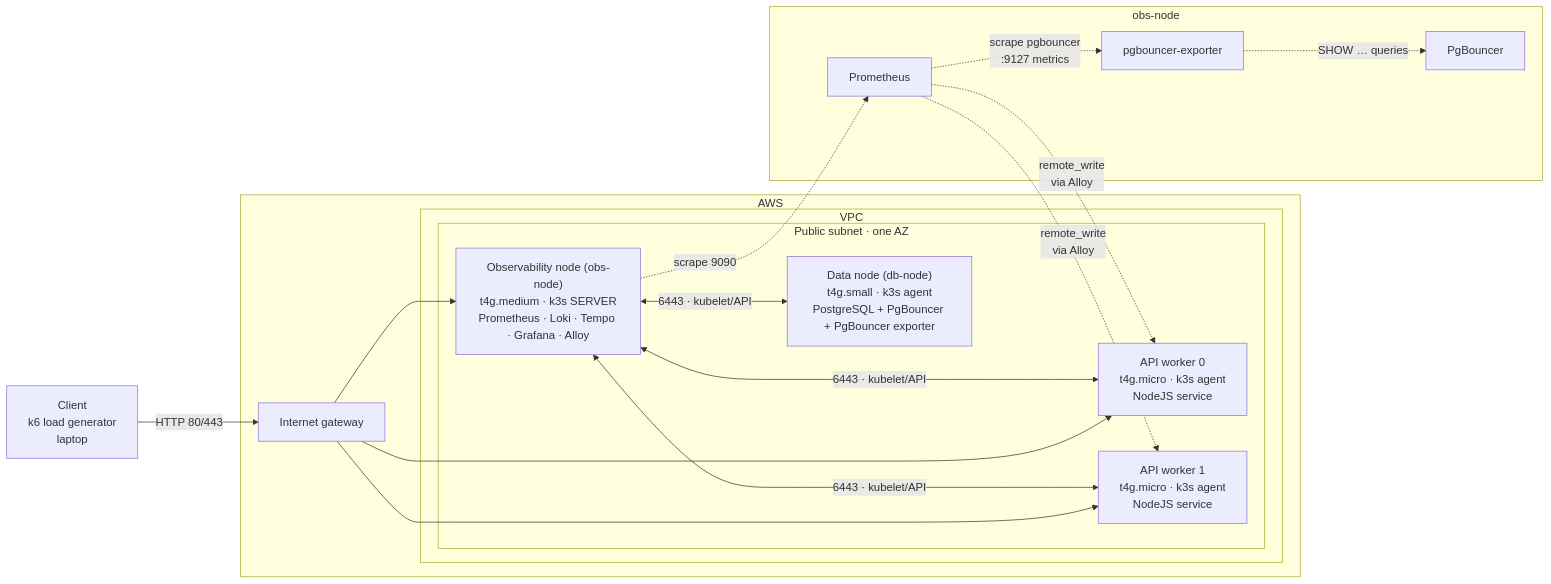
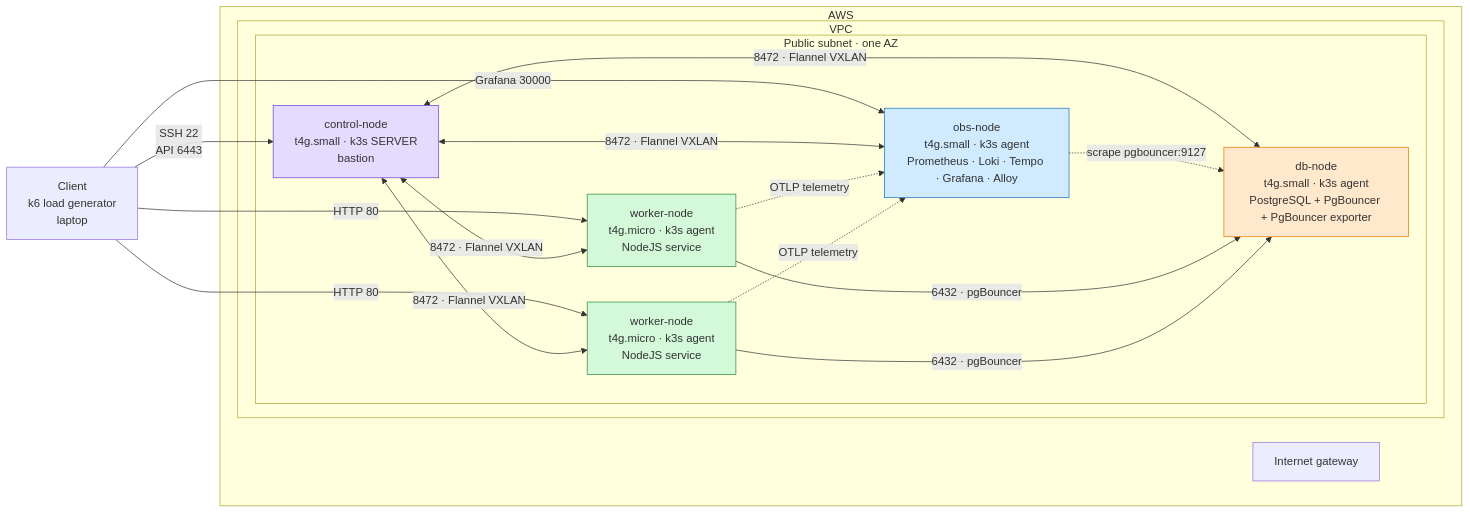
The diagram in README.md (rizkyadityanugroho/k3s-observability-lab), drawn with Mermaid before and after one commit. The commit also changed other lines of this file, not shown here.

Commit message:
docs: correct node topology and security groups

````diff
--- a/README.md
+++ b/README.md
@@ -27,33 +28,39 @@
 ```mermaid
 flowchart LR
     client[Client<br/>k6 load generator<br/>laptop]
 
     subgraph aws["AWS"]
         igw[Internet gateway]
         subgraph vpc["VPC"]
             subgraph subnet["Public subnet · one AZ"]
-                obs["Observability node (obs-node)<br/>t4g.medium · k3s SERVER<br/>Prometheus · Loki · Tempo · Grafana · Alloy"]
-                api0["API worker 0<br/>t4g.micro · k3s agent<br/>NodeJS service"]
-                api1["API worker 1<br/>t4g.micro · k3s agent<br/>NodeJS service"]
-                db["Data node (db-node)<br/>t4g.small · k3s agent<br/>PostgreSQL + PgBouncer + PgBouncer exporter"]
+                control["control-node<br/>t4g.small · k3s SERVER<br/>bastion"]
+                obs["obs-node<br/>t4g.small · k3s agent<br/>Prometheus · Loki · Tempo · Grafana · Alloy"]
+                worker0["worker-node<br/>t4g.micro · k3s agent<br/>NodeJS service"]
+                worker1["worker-node<br/>t4g.micro · k3s agent<br/>NodeJS service"]
+                db["db-node<br/>t4g.small · k3s agent<br/>PostgreSQL + PgBouncer + PgBouncer exporter"]
             end
         end
     end
 
-    client -->|HTTP 80/443| igw
-    igw --> api0
-    igw --> api1
-    igw --> obs
+    client -->|"SSH 22<br/>API 6443"| control
+    client -->|"HTTP 80"| worker0
+    client -->|"HTTP 80"| worker1
+    client -->|"Grafana 30000"| obs
 
-    obs <-->|"6443 · kubelet/API"| api0
-    obs <-->|"6443 · kubelet/API"| api1
-    obs <-->|"6443 · kubelet/API"| db
+    control <-->|"8472 · Flannel VXLAN"| obs
+    control <-->|"8472 · Flannel VXLAN"| worker0
+    control <-->|"8472 · Flannel VXLAN"| worker1
+    control <-->|"8472 · Flannel VXLAN"| db
 
-    obs -.->|"scrape 9090"| prom[Prometheus]
-    subgraph obs_node[obs-node]
-        prom -.->|"scrape pgbouncer\n:9127 metrics"| exp[pgbouncer-exporter]
-        exp -.->|"SHOW … queries"| pgb2[PgBouncer]
-        prom -.->|"remote_write\nvia Alloy"| api0
-        prom -.->|"remote_write\nvia Alloy"| api1
-    end
+    obs -.->|"scrape pgbouncer:9127"| db
+    worker0 -.->|"OTLP telemetry"| obs
+    worker1 -.->|"OTLP telemetry"| obs
+    worker0 -->|"6432 · pgBouncer"| db
+    worker1 -->|"6432 · pgBouncer"| db
+
+    style control fill:#e5dbff,stroke:#6741d9
+    style obs fill:#d0ebff,stroke:#1971c2
+    style worker0 fill:#d3f9d8,stroke:#2b8a3e
+    style worker1 fill:#d3f9d8,stroke:#2b8a3e
+    style db fill:#ffe8cc,stroke:#e67700
 ```
````
